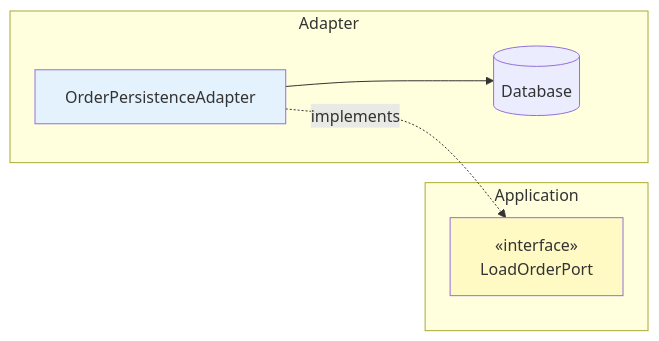
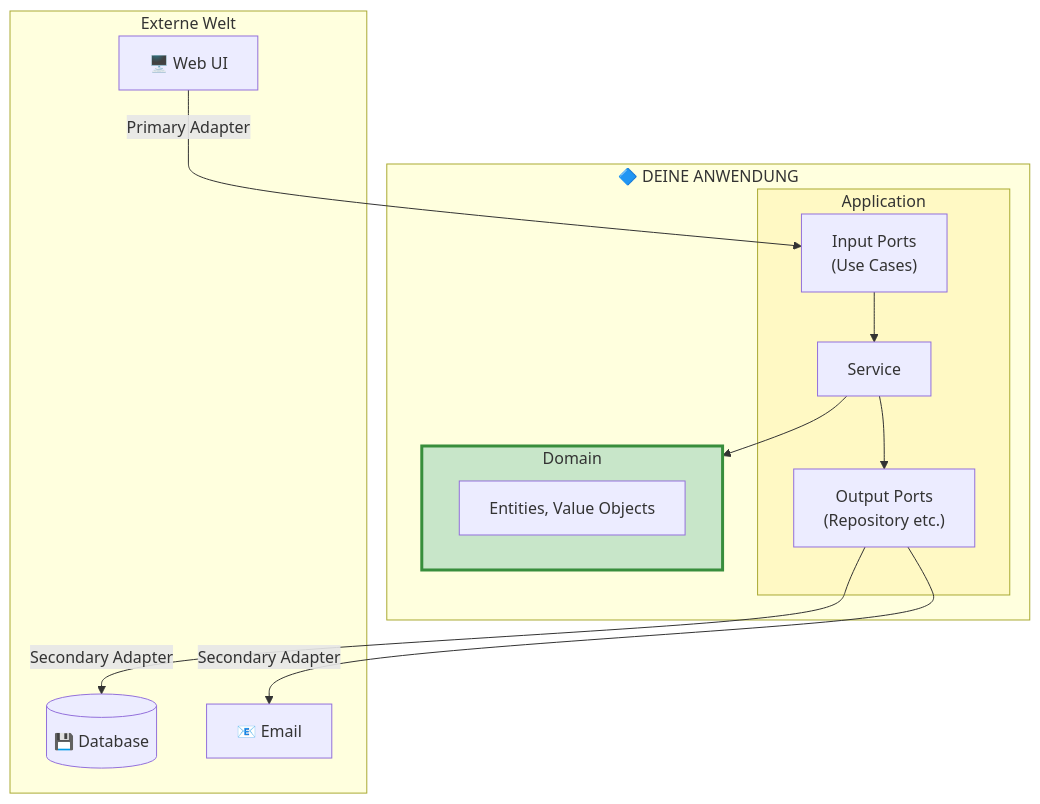
One commit to travelplanner04/ddd-example changed the eighth of 18 diagrams in tutorialHexagonal.md. Above: the diagram before and after it, drawn with Mermaid. The commit also changed other lines of this file and 2 other files, not shown here.

````diff
--- a/tutorialHexagonal.md
+++ b/tutorialHexagonal.md
@@ -148,17 +286,31 @@
 ```mermaid
-graph LR
-    subgraph Application ["Application"]
-        Port["«interface»<br/>LoadOrderPort"]
+graph TB
+    subgraph Hexagon ["🔷 DEINE ANWENDUNG"]
+        subgraph Application ["Application"]
+            IP["Input Ports<br/>(Use Cases)"]
+            Service["Service"]
+            OP["Output Ports<br/>(Repository etc.)"]
+        end
+
+        subgraph Domain ["Domain"]
+            Entities["Entities, Value Objects"]
+        end
+
+        IP --> Service
+        Service --> OP
+        Service --> Domain
     end
 
-    subgraph Adapter ["Adapter"]
-        Impl["OrderPersistenceAdapter"]
-        DB[(Database)]
+    subgraph External ["Externe Welt"]
+        UI["🖥️ Web UI"]
+        DB[(💾 Database)]
+        Email["📧 Email"]
     end
 
-    Impl -.->|"implements"| Port
-    Impl --> DB
+    UI -->|"Primary Adapter"| IP
+    OP -->|"Secondary Adapter"| DB
+    OP -->|"Secondary Adapter"| Email
 
-    style Port fill:#fff9c4
-    style Impl fill:#e3f2fd
+    style Domain fill:#c8e6c9,stroke:#388e3c,stroke-width:3px
+    style Application fill:#fff9c4
 ```
````
